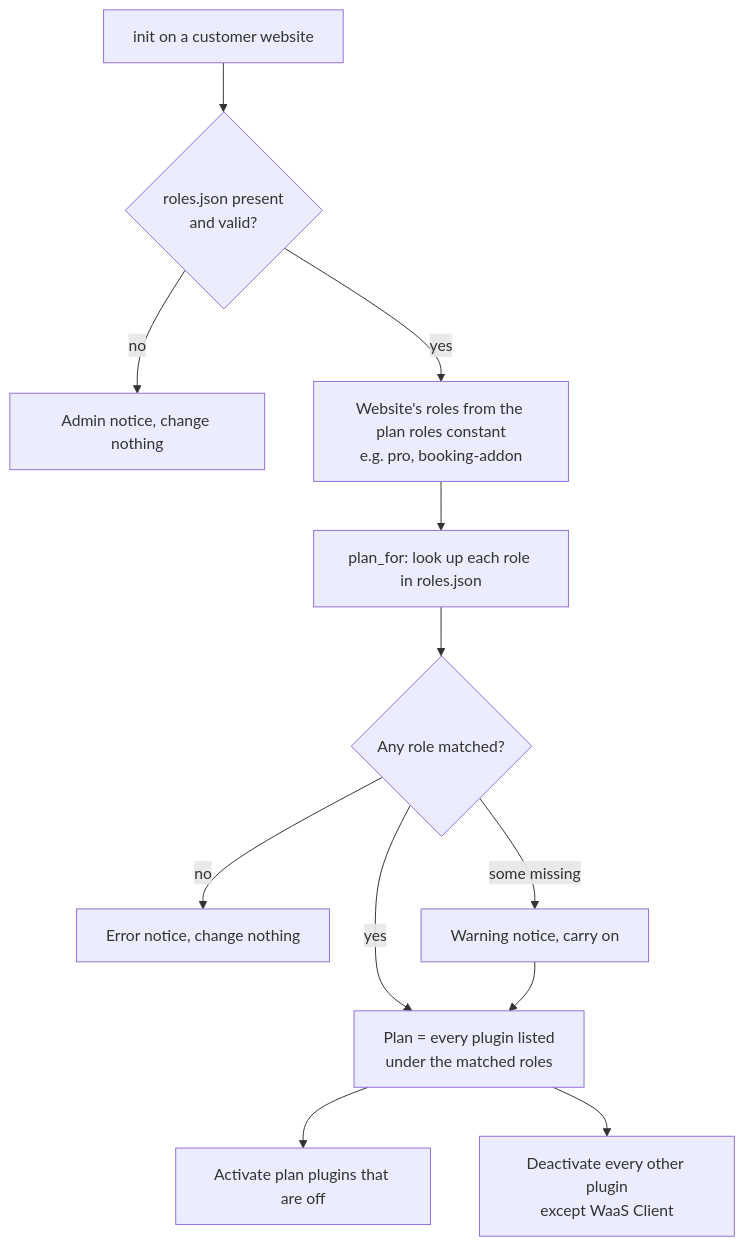
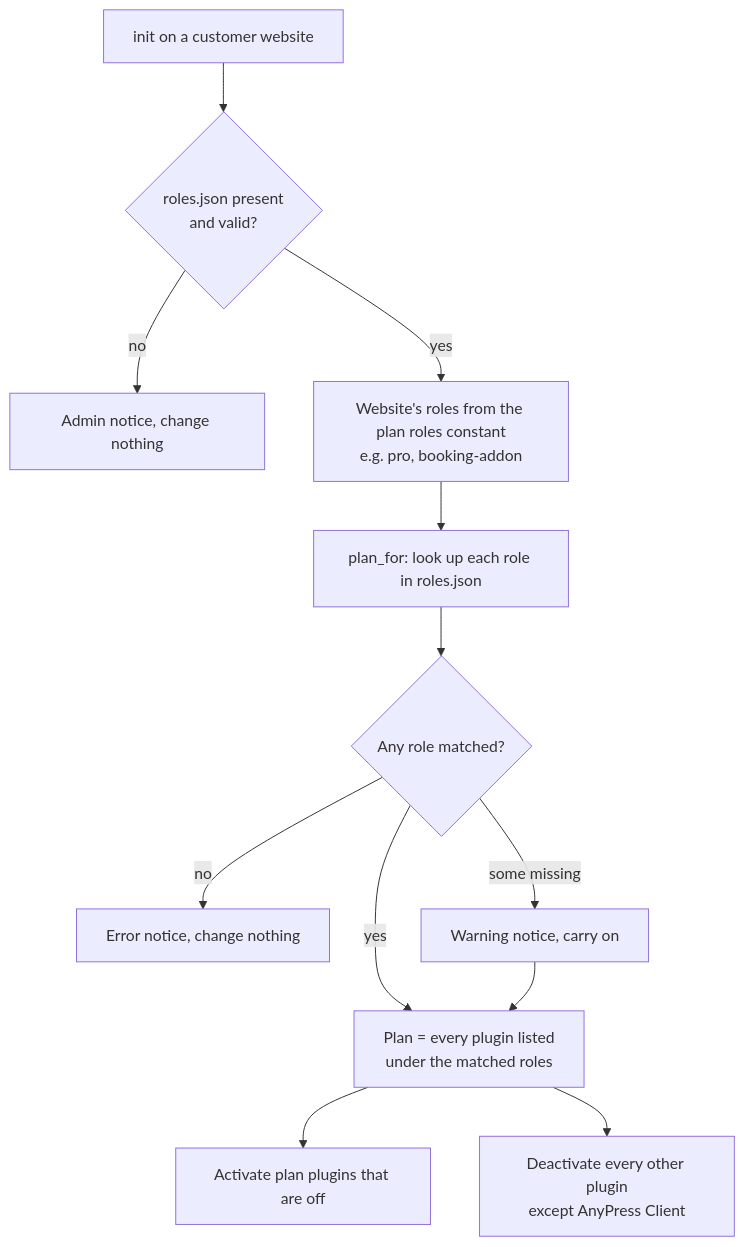
Before and after one commit to hamchowderr/waas-plugins: the second of 4 diagrams in docs/architecture/waas-client.md, drawn with Mermaid. The commit also changed other lines of this file and 74 other files, not shown here.

First line of the commit message:
AnyPress Host 2.11.0, AnyPress Client 2.13.0, AnyPress Payments 0.2.0-beta.3: AnyPress names (waas-api-x4a)

````diff
--- a/docs/architecture/waas-client.md
+++ b/docs/architecture/waas-client.md
@@ -40,14 +44,14 @@
 ```mermaid
 flowchart TB
   START["init on a customer website"] --> FILE{"roles.json present<br/>and valid?"}
   FILE -->|"no"| N1["Admin notice, change nothing"]
   FILE -->|"yes"| ROLES["Website's roles from the plan roles constant<br/>e.g. pro, booking-addon"]
   ROLES --> MATCH["plan_for: look up each role in roles.json"]
   MATCH --> ANY{"Any role matched?"}
   ANY -->|"no"| N2["Error notice, change nothing"]
   ANY -->|"some missing"| N3["Warning notice, carry on"]
   ANY -->|"yes"| PLAN["Plan = every plugin listed<br/>under the matched roles"]
   N3 --> PLAN
   PLAN --> ON["Activate plan plugins that are off"]
-  PLAN --> OFF["Deactivate every other plugin<br/>except WaaS Client"]
+  PLAN --> OFF["Deactivate every other plugin<br/>except AnyPress Client"]
 ```
````
